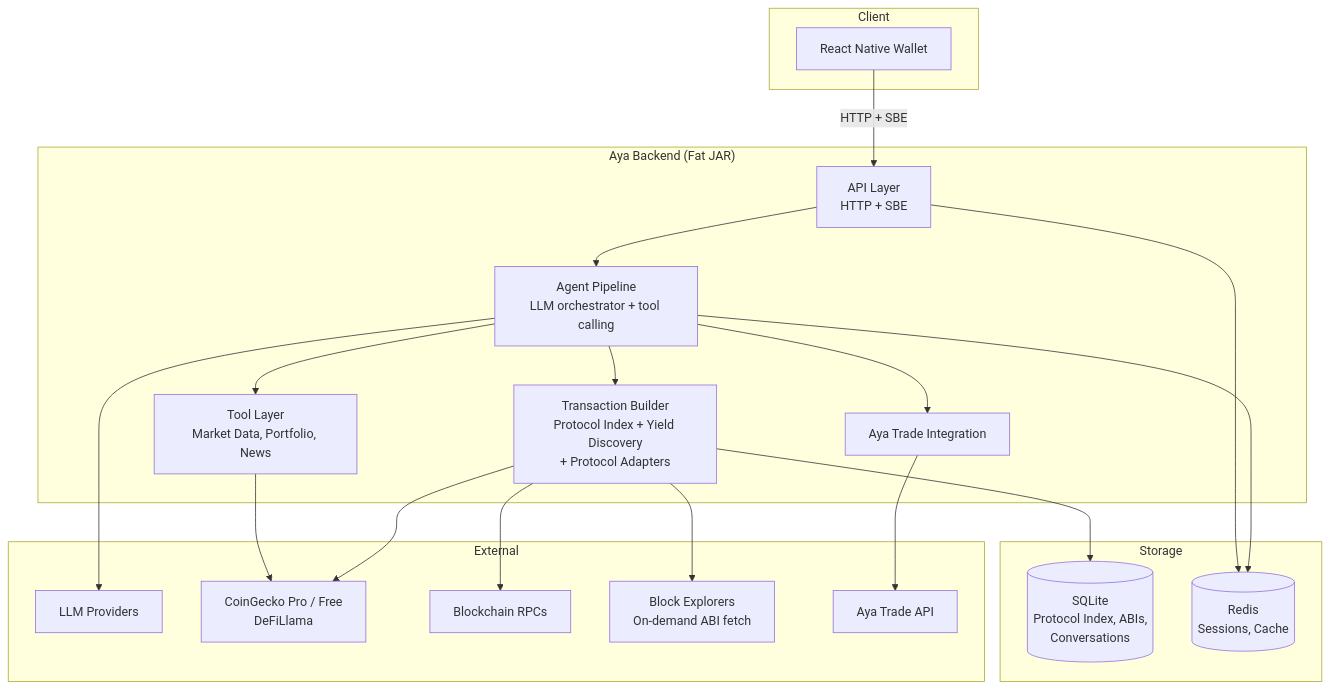
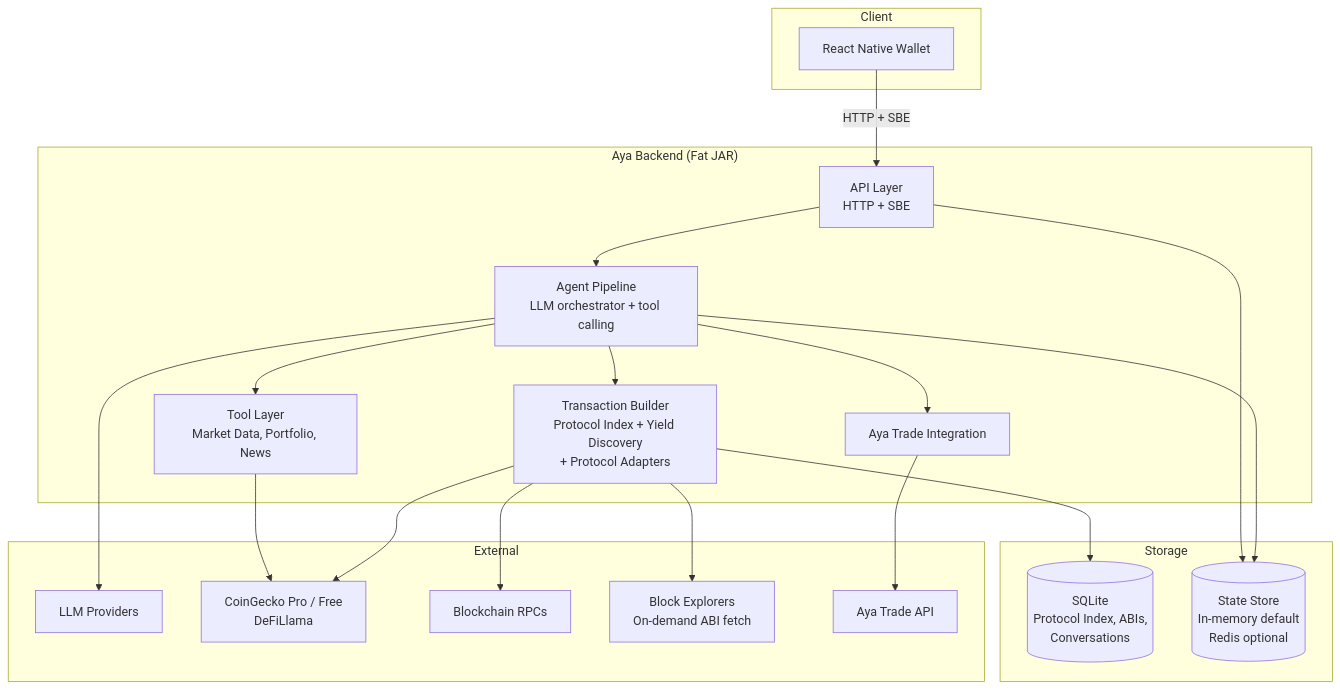
The diagram in README.md (klodio/aya-mobile-assistant), drawn with Mermaid before and after one commit. The commit also changed other lines of this file and 6 other files, not shown here.

Commit message:
Removed Redis as a hard dependency - it should be optional in the beginning

````diff
--- a/README.md
+++ b/README.md
@@ -11,42 +11,42 @@
 ```mermaid
 graph TB
     subgraph Client
         RN[React Native Wallet]
     end
 
     subgraph "Aya Backend (Fat JAR)"
         API[API Layer<br/>HTTP + SBE]
         AGENT[Agent Pipeline<br/>LLM orchestrator + tool calling]
         TOOLS[Tool Layer<br/>Market Data, Portfolio, News]
         TXBUILD[Transaction Builder<br/>Protocol Index + Yield Discovery<br/>+ Protocol Adapters]
         EXCHANGE[Aya Trade Integration]
     end
 
     subgraph Storage
         SQLITE[(SQLite<br/>Protocol Index, ABIs,<br/>Conversations)]
-        REDIS[(Redis<br/>Sessions, Cache)]
+        STATE[(State Store<br/>In-memory default<br/>Redis optional)]
     end
 
     subgraph External
         LLM[LLM Providers]
         MARKET[CoinGecko Pro / Free<br/>DeFiLlama]
         RPC[Blockchain RPCs]
         EXPLORERS[Block Explorers<br/>On-demand ABI fetch]
         AYATRADE[Aya Trade API]
     end
 
     RN -->|HTTP + SBE| API
     API --> AGENT
     AGENT --> TOOLS
     AGENT --> TXBUILD
     AGENT --> EXCHANGE
     TOOLS --> MARKET
     TXBUILD --> RPC
     TXBUILD --> EXPLORERS
     TXBUILD --> MARKET
     EXCHANGE --> AYATRADE
     AGENT --> LLM
-    API --> REDIS
+    API --> STATE
     TXBUILD --> SQLITE
-    AGENT --> REDIS
+    AGENT --> STATE
 ```
````
